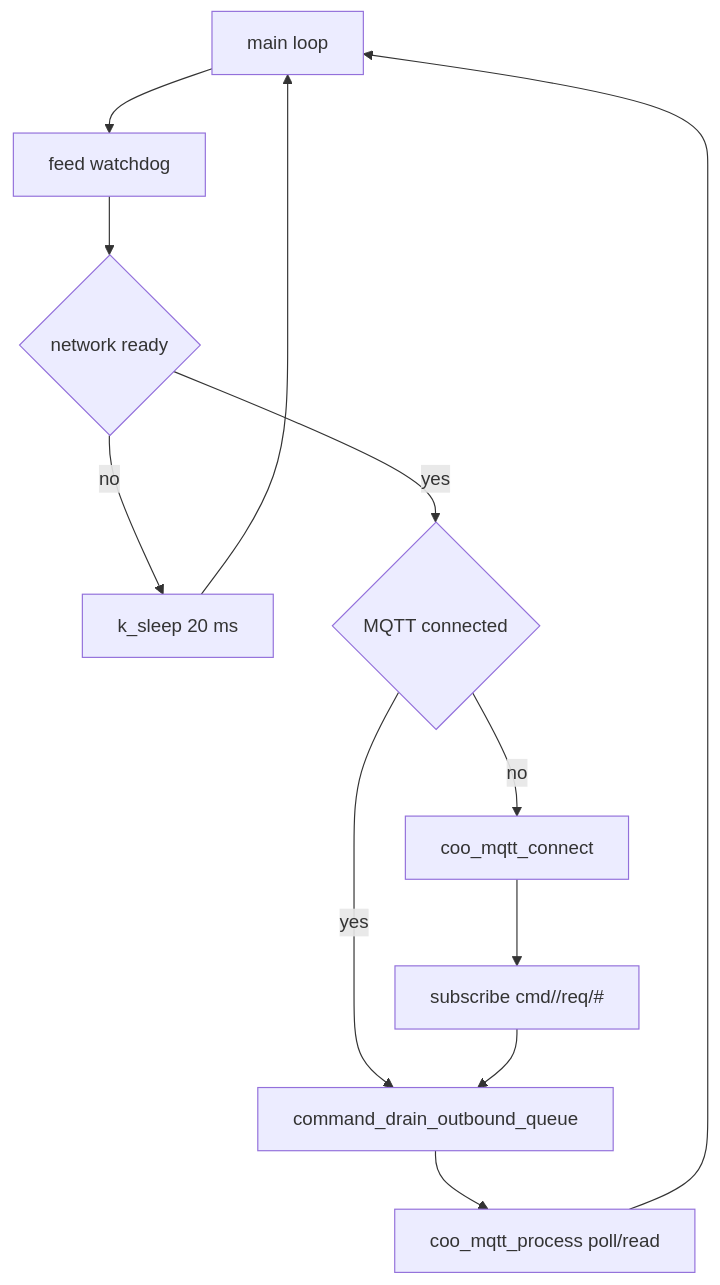
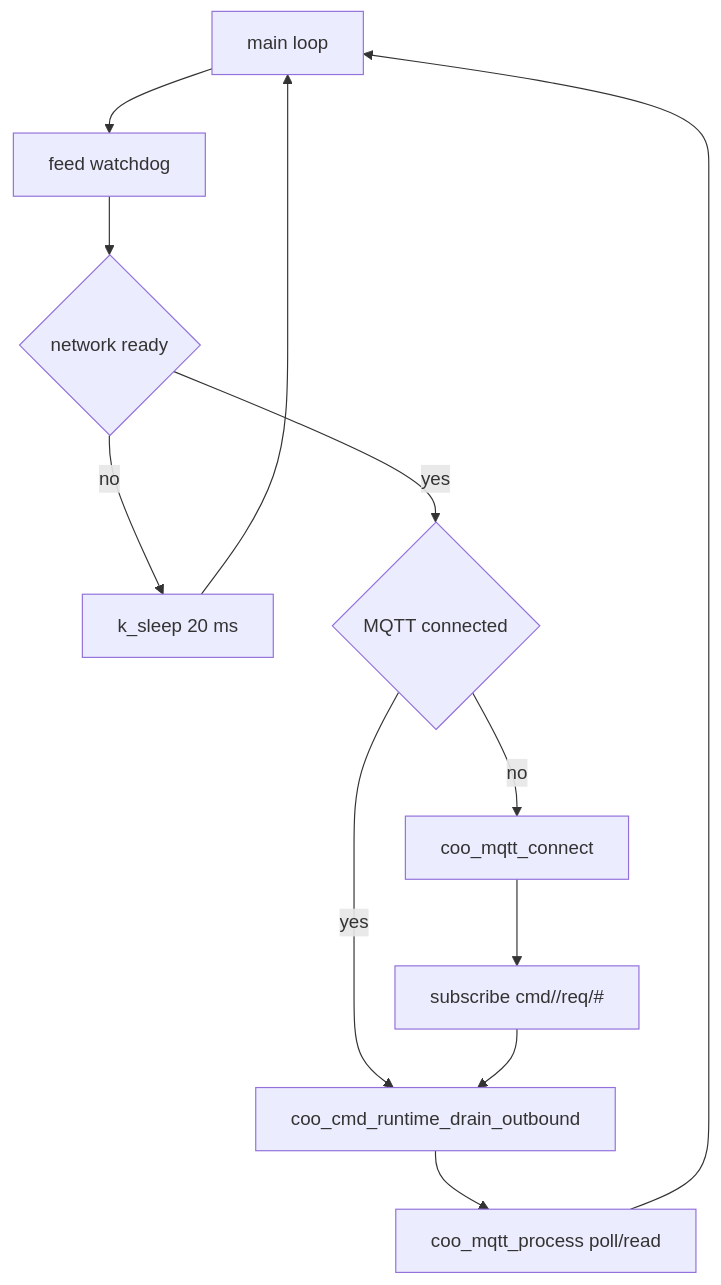
One commit to COO-Utilities/hispec-tib changed the third of 22 diagrams in doc/diagrams.md. Above: the diagram before and after it, drawn with Mermaid. The commit also changed other lines of this file and 16 other files, not shown here.

Commit message:
Move command ingress plumbing into runtime

````diff
--- a/doc/diagrams.md
+++ b/doc/diagrams.md
@@ -66,14 +66,14 @@
 ```mermaid
 flowchart TD
   Loop[main loop] --> Feed[feed watchdog]
   Feed --> Ready{network ready}
   Ready -- no --> Sleep[k_sleep 20 ms]
   Ready -- yes --> Connected{MQTT connected}
   Connected -- no --> Connect[coo_mqtt_connect]
-  Connected -- yes --> Drain[command_drain_outbound_queue]
+  Connected -- yes --> Drain[coo_cmd_runtime_drain_outbound]
   Connect --> Subscribe[subscribe cmd/<device>/req/#]
   Subscribe --> Drain
   Drain --> Process[coo_mqtt_process poll/read]
   Process --> Loop
   Sleep --> Loop
 ```
````
